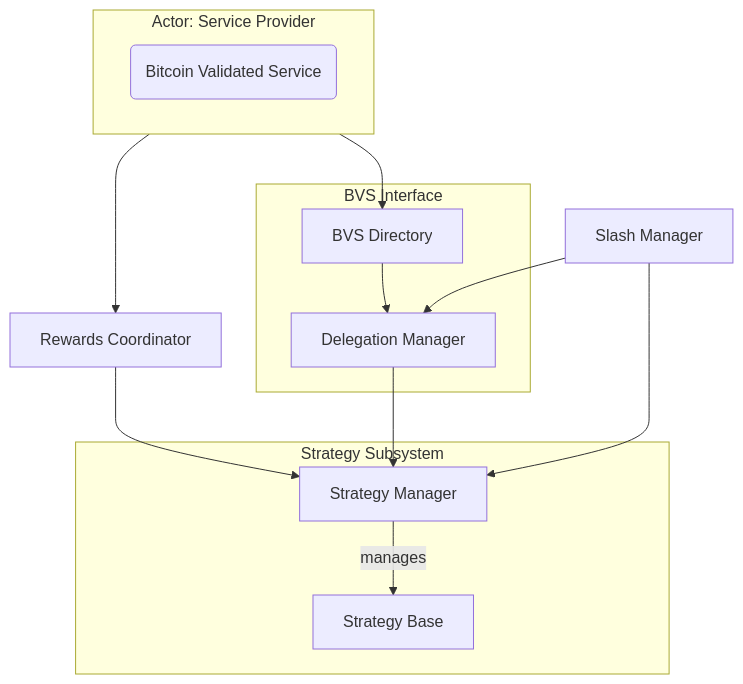
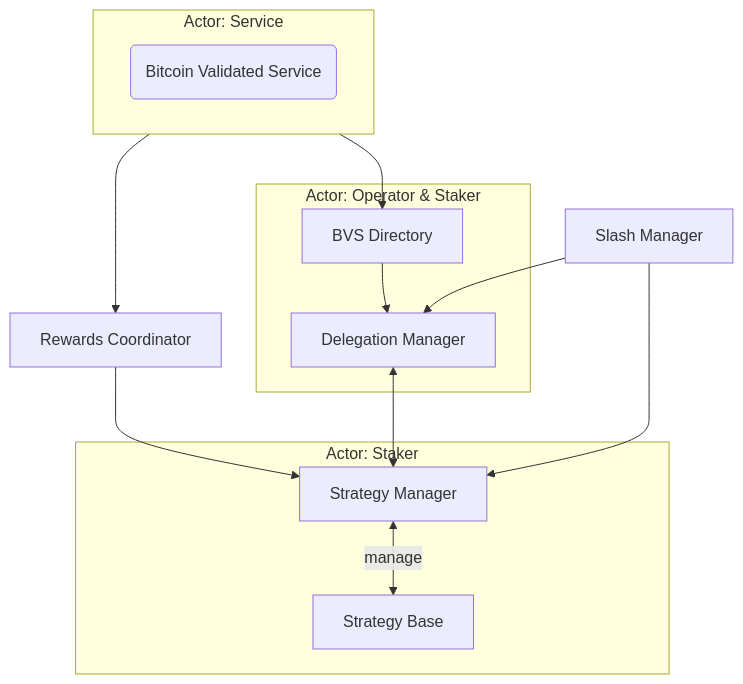
Before and after one commit to satlayer/satlayer-bvs: the diagram in crates/README.md, drawn with Mermaid. The commit also changed 20 other files, not shown here.

````diff
--- a/crates/README.md
+++ b/crates/README.md
@@ -11,29 +11,29 @@
 ```mermaid
 flowchart TD
 %% Nodes
     BVS("Bitcoin Validated Service")
     DI["BVS Directory"]
     DM["Delegation Manager"]
     SM["Strategy Manager"]
     SB["Strategy Base"]
     SL["Slash Manager"]
     RC["Rewards Coordinator"]
 
 
 %% Edge connections between nodes
-    subgraph SP[Actor: Service Provider]
+    subgraph SP[Actor: Service]
     BVS
     end
-    subgraph IN["BVS Interface"]
+    subgraph IN["Actor: Operator & Staker"]
     DI --> DM
     end
-    subgraph Strategy Subsystem
-    SM -->|manages| SB
+    subgraph SSS["Actor: Staker"]
+    SM <-->|manage| SB
     end
     SL --> DM
     RC --> SM
     SP --> RC
-    DM --> SM
+    DM <--> SM
     SP --> DI
     SL --> SM
 ```
````
